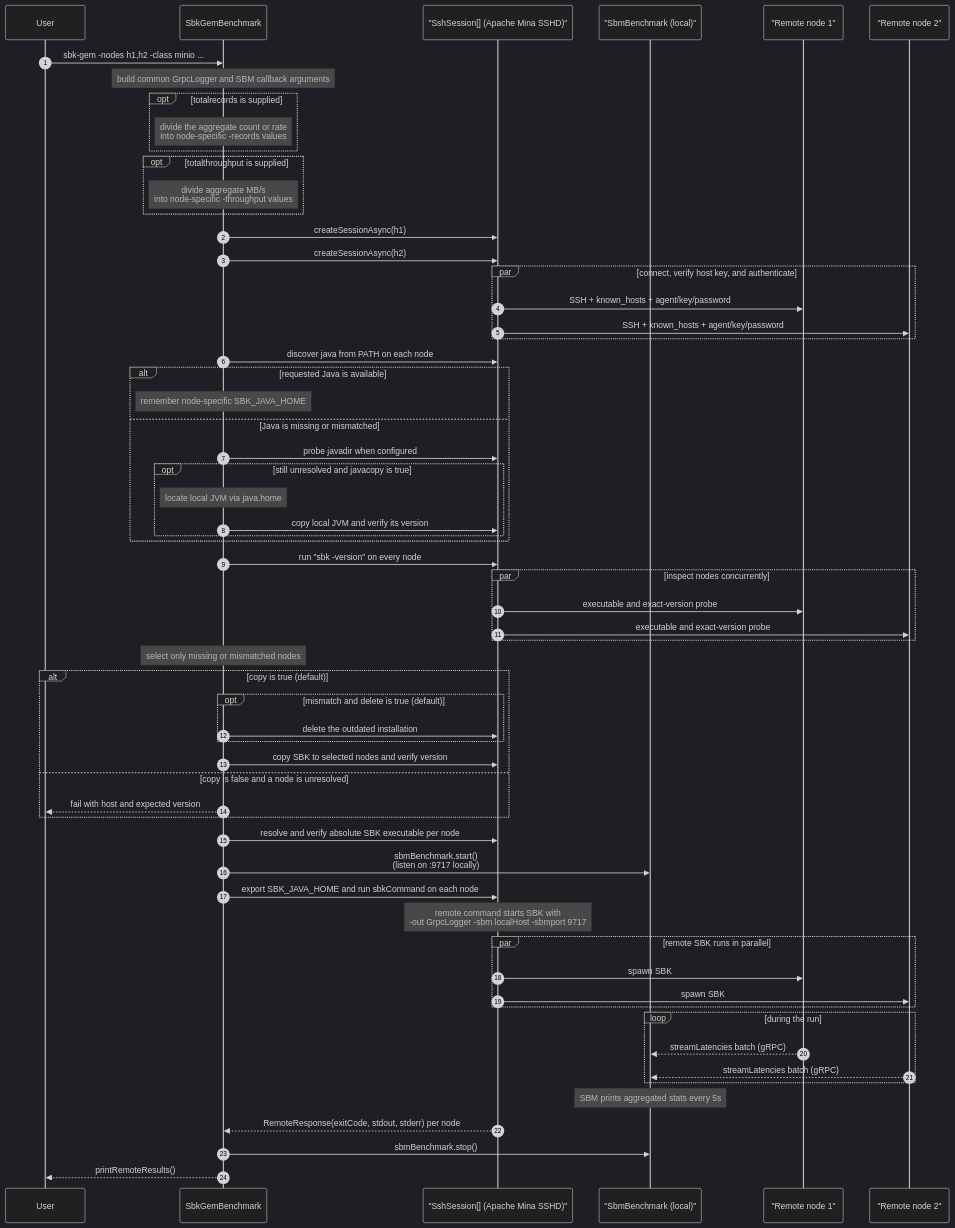
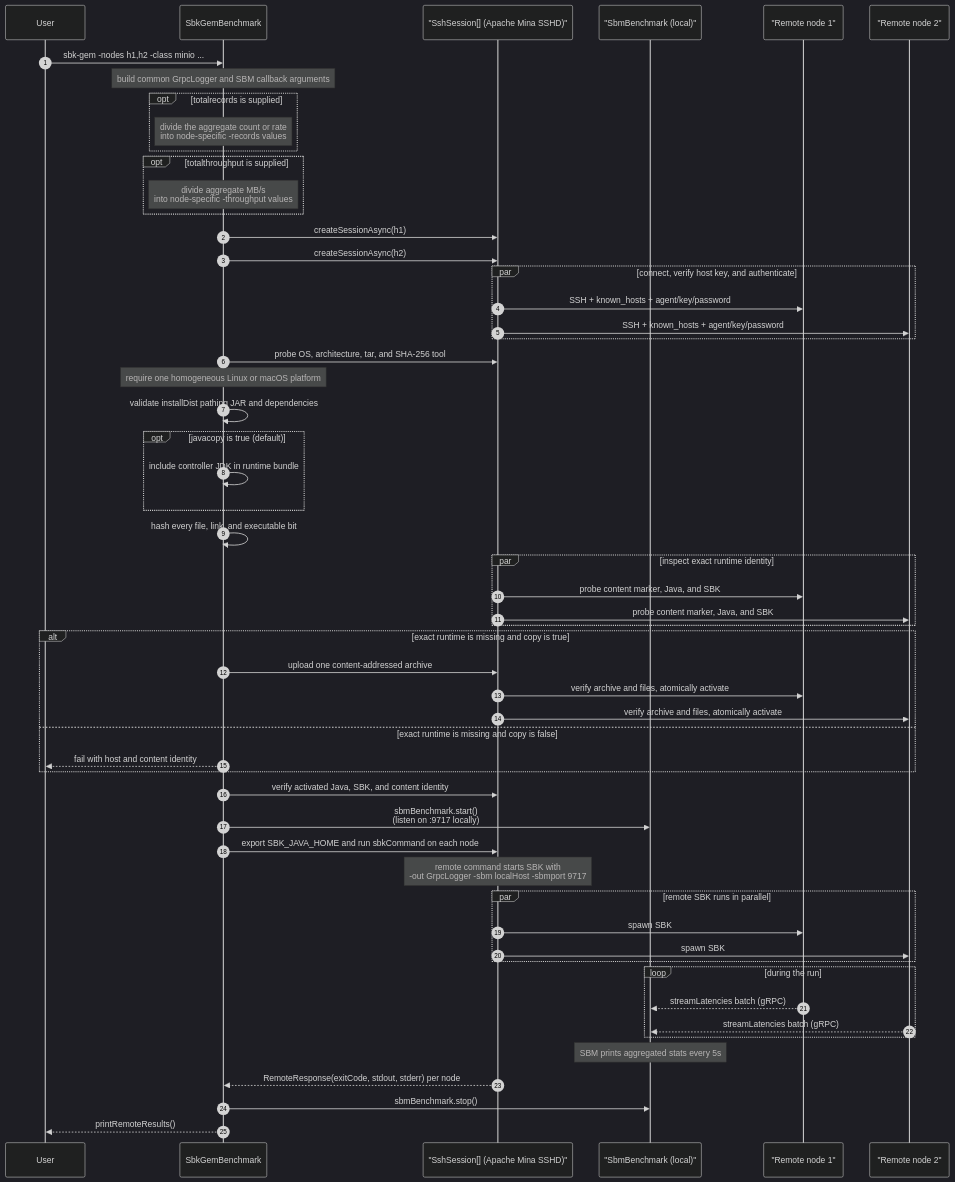
Before and after one commit to kmgowda/SBK: diagram 27 of 43 in docs/sbk-internals.md, drawn with Mermaid (dark theme). The commit also changed other lines of this file and 28 other files, not shown here.

Commit message:
Harden SBK-GEM runtime deployment

````diff
--- a/docs/sbk-internals.md
+++ b/docs/sbk-internals.md
@@ -1901,73 +1901,65 @@
 ```mermaid
 sequenceDiagram
     autonumber
     participant User
     participant GEM as SbkGemBenchmark
     participant SSH as "SshSession[] (Apache Mina SSHD)"
     participant SBM as "SbmBenchmark (local)"
     participant N1 as "Remote node 1"
     participant N2 as "Remote node 2"
 
     User->>GEM: sbk-gem -nodes h1,h2 -class minio ...
     Note over GEM: build common GrpcLogger and SBM callback arguments
     opt totalrecords is supplied
         Note over GEM: divide the aggregate count or rate<br/>into node-specific -records values
     end
     opt totalthroughput is supplied
         Note over GEM: divide aggregate MB/s<br/>into node-specific -throughput values
     end
     GEM->>SSH: createSessionAsync(h1)
     GEM->>SSH: createSessionAsync(h2)
     par connect, verify host key, and authenticate
         SSH->>N1: SSH + known_hosts + agent/key/password
         SSH->>N2: SSH + known_hosts + agent/key/password
     end
 
-    GEM->>SSH: discover java from PATH on each node
-    alt requested Java is available
-        Note over GEM: remember node-specific SBK_JAVA_HOME
-    else Java is missing or mismatched
-        GEM->>SSH: probe javadir when configured
-        opt still unresolved and javacopy is true
-            Note over GEM: locate local JVM via java.home
-            GEM->>SSH: copy local JVM and verify its version
-        end
+    GEM->>SSH: probe OS, architecture, tar, and SHA-256 tool
+    Note over GEM: require one homogeneous Linux or macOS platform
+    GEM->>GEM: validate installDist pathing JAR and dependencies
+    opt javacopy is true (default)
+        GEM->>GEM: include controller JDK in runtime bundle
     end
-
-    GEM->>SSH: run "sbk -version" on every node
-    par inspect nodes concurrently
-        SSH->>N1: executable and exact-version probe
-        SSH->>N2: executable and exact-version probe
+    GEM->>GEM: hash every file, link, and executable bit
+    par inspect exact runtime identity
+        SSH->>N1: probe content marker, Java, and SBK
+        SSH->>N2: probe content marker, Java, and SBK
     end
-    Note over GEM: select only missing or mismatched nodes
-    alt copy is true (default)
-        opt mismatch and delete is true (default)
-            GEM->>SSH: delete the outdated installation
-        end
-        GEM->>SSH: copy SBK to selected nodes and verify version
-    else copy is false and a node is unresolved
-        GEM-->>User: fail with host and expected version
+    alt exact runtime is missing and copy is true
+        GEM->>SSH: upload one content-addressed archive
+        SSH->>N1: verify archive and files, atomically activate
+        SSH->>N2: verify archive and files, atomically activate
+    else exact runtime is missing and copy is false
+        GEM-->>User: fail with host and content identity
     end
-
-    GEM->>SSH: resolve and verify absolute SBK executable per node
+    GEM->>SSH: verify activated Java, SBK, and content identity
 
     GEM->>SBM: sbmBenchmark.start()<br/>(listen on :9717 locally)
     GEM->>SSH: export SBK_JAVA_HOME and run sbkCommand on each node
     Note over SSH: remote command starts SBK with<br/>-out GrpcLogger -sbm localHost -sbmport 9717
 
     par remote SBK runs in parallel
         SSH->>N1: spawn SBK
         SSH->>N2: spawn SBK
     end
 
     loop during the run
         N1-->>SBM: streamLatencies batch (gRPC)
         N2-->>SBM: streamLatencies batch (gRPC)
     end
 
     Note over SBM: SBM prints aggregated stats every 5s
 
     SSH-->>GEM: RemoteResponse(exitCode, stdout, stderr) per node
     GEM->>SBM: sbmBenchmark.stop()
 GEM-->>User: printRemoteResults()
 ```
````
